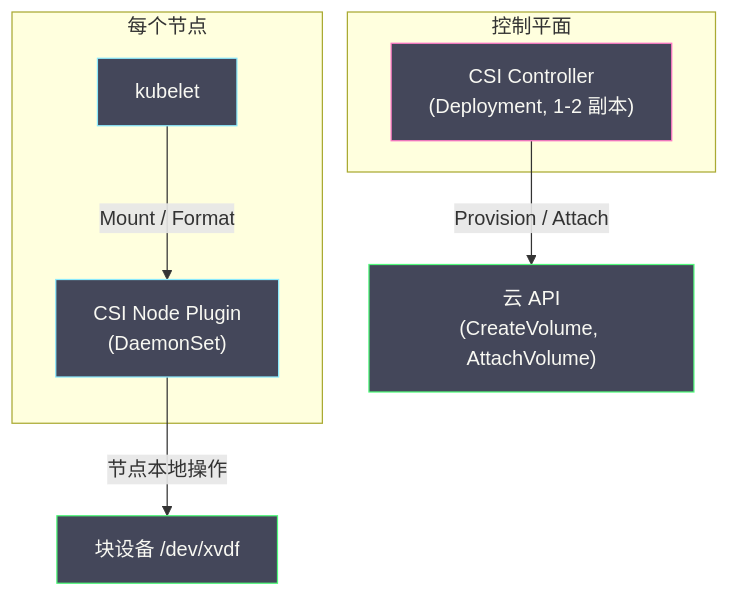
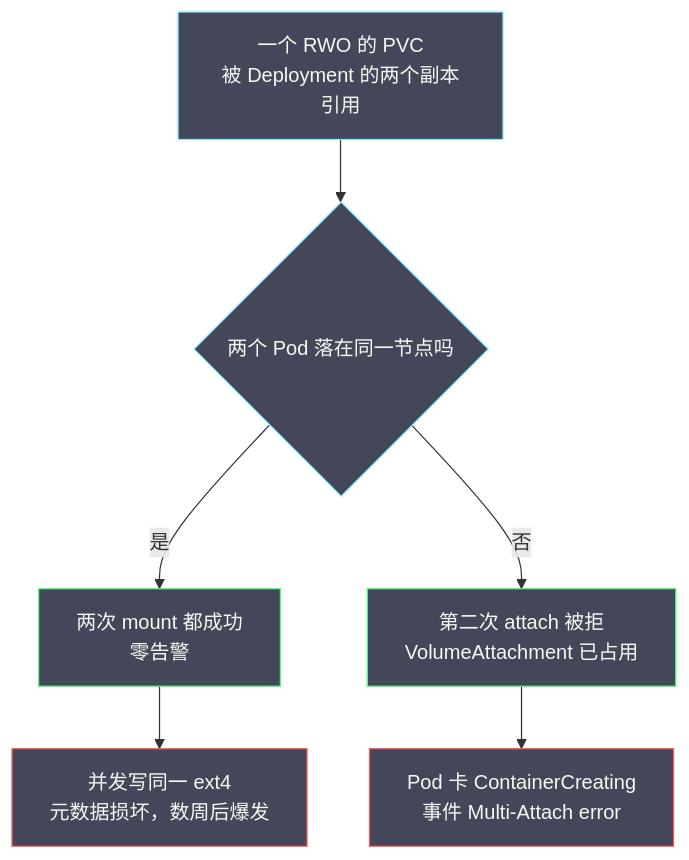
One commit to hpliStartAgain/my-brain changed the fifth of 5 diagrams in content/云原生/Kubernetes/kubernetes生产实践与集群管理/01 持久化存储——PV PVC StorageClass 与 CSI.md. Above: the diagram before and after it, drawn with Mermaid. The commit also changed other lines of this file and 259 other files, not shown here.

````diff
--- a/content/云原生/Kubernetes/kubernetes生产实践与集群管理/01 持久化存储——PV PVC StorageClass 与 CSI.md
+++ b/content/云原生/Kubernetes/kubernetes生产实践与集群管理/01 持久化存储——PV PVC StorageClass 与 CSI.md
@@ -293,24 +492,16 @@
 ```mermaid
 %%{init: {'theme': 'dracula'}}%%
 graph TD
-    subgraph "控制平面"
-        CTRL["CSI Controller</br>(Deployment, 1-2 副本)"]
-    end
+    S["一个 RWO 的 PVC<br/>被 Deployment 的两个副本引用"] --> Q{"两个 Pod 落在同一节点吗"}
+    Q -->|"是"| OK["两次 mount 都成功<br/>零告警"]
+    OK --> BAD["并发写同一 ext4<br/>元数据损坏，数周后爆发"]
+    Q -->|"否"| DET["第二次 attach 被拒<br/>VolumeAttachment 已占用"]
+    DET --> EV["Pod 卡 ContainerCreating<br/>事件 Multi-Attach error"]
 
-    subgraph "每个节点"
-        NODE["CSI Node Plugin</br>(DaemonSet)"]
-        KL["kubelet"]
-    end
-
-    CTRL -->|"Provision / Attach"| CLOUD["云 API</br>(CreateVolume, AttachVolume)"]
-    KL -->|"Mount / Format"| NODE
-    NODE -->|"节点本地操作"| DISK["块设备 /dev/xvdf"]
-
-    classDef ctrl fill:#44475a,stroke:#ff79c6,color:#f8f8f2
-    classDef node fill:#44475a,stroke:#8be9fd,color:#f8f8f2
-    classDef cloud fill:#44475a,stroke:#50fa7b,color:#f8f8f2
-
-    class CTRL ctrl
-    class NODE,KL node
-    class CLOUD,DISK cloud
+    classDef ok fill:#44475a,stroke:#50fa7b,color:#f8f8f2
+    classDef bad fill:#44475a,stroke:#ff5555,color:#f8f8f2
+    classDef mid fill:#44475a,stroke:#8be9fd,color:#f8f8f2
+    class S,Q mid
+    class OK,DET ok
+    class BAD,EV bad
 ```
````
